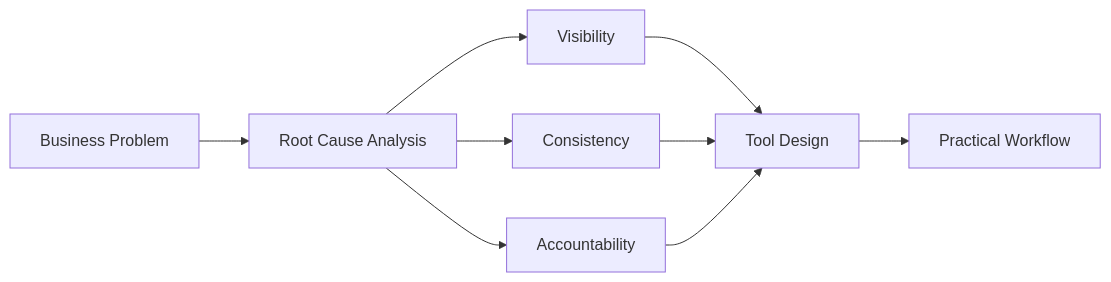
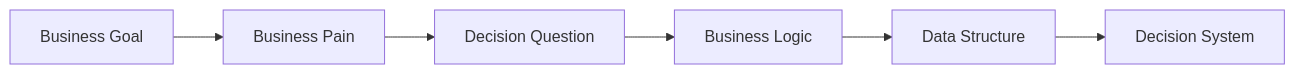
One commit to HyVoid/About-me changed the first of 2 diagrams in README.md. Above: the diagram before and after it, drawn with Mermaid. The commit also changed other lines of this file, not shown here.

````diff
--- a/README.md
+++ b/README.md
@@ -43,11 +121,8 @@
 ```mermaid
 flowchart LR
-    A[Business Problem] --> B[Root Cause Analysis]
-    B --> C[Visibility]
-    B --> D[Consistency]
-    B --> E[Accountability]
-    C --> F[Tool Design]
-    D --> F
-    E --> F
-    F --> G[Practical Workflow]
+    A[Business Goal] --> B[Business Pain]
+    B --> C[Decision Question]
+    C --> D[Business Logic]
+    D --> E[Data Structure]
+    E --> F[Decision System]
 ```
````
